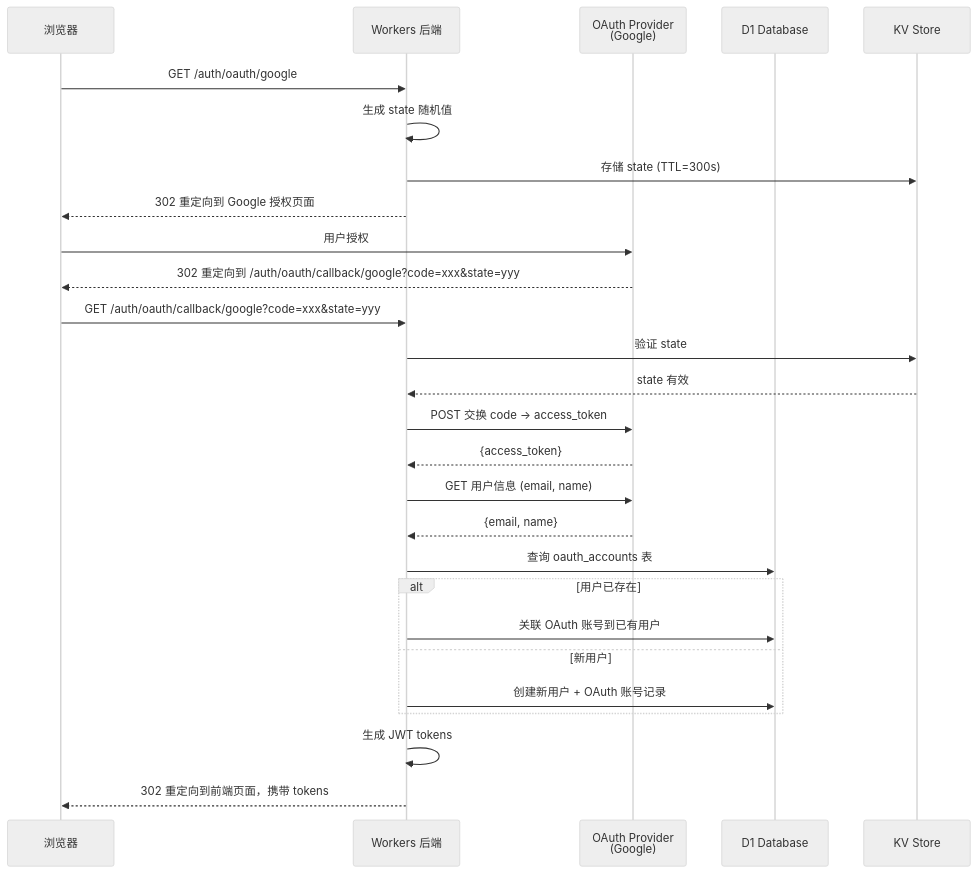
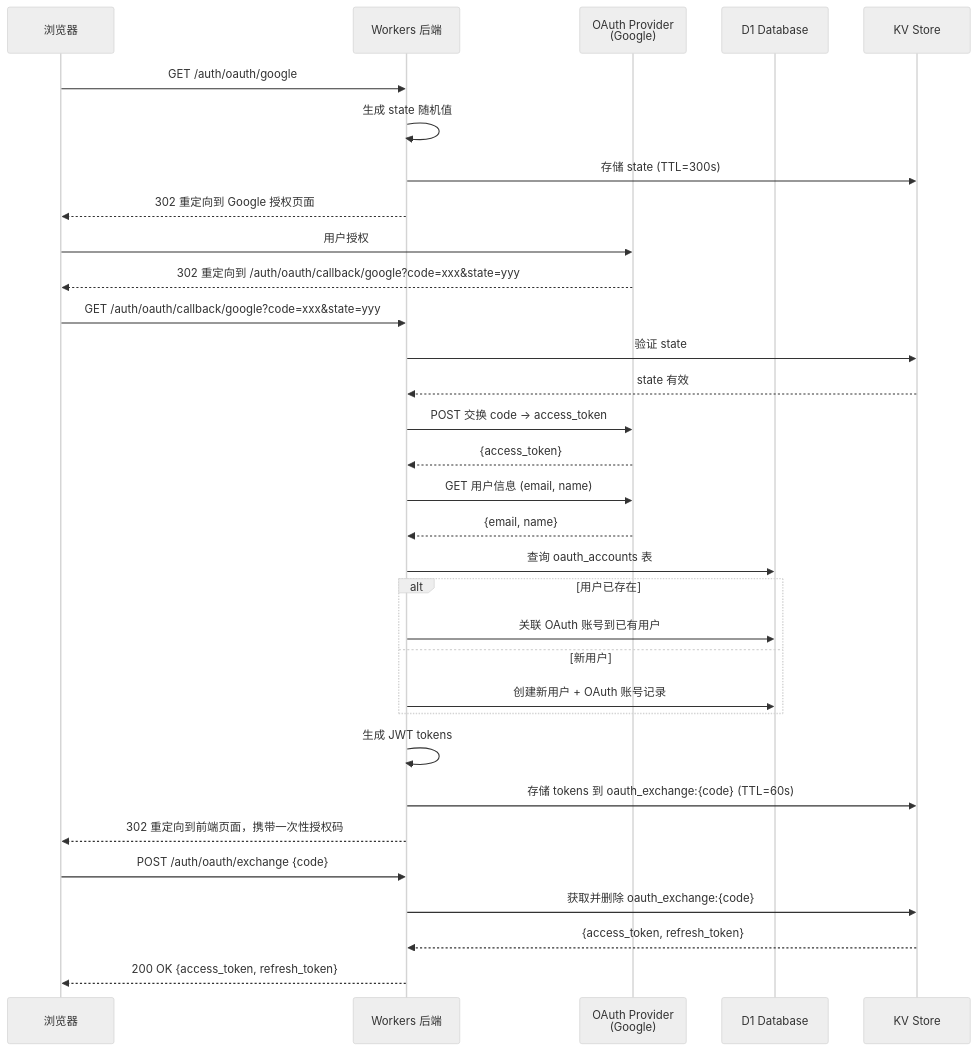
Before and after one commit to peliowl/cloudflare-auth: the third of 4 diagrams in .kiro/specs/user-auth/design.md, drawn with Mermaid (neutral theme). The commit also changed other lines of this file and 26 other files, not shown here.

````diff
--- a/.kiro/specs/user-auth/design.md
+++ b/.kiro/specs/user-auth/design.md
@@ -100,32 +100,38 @@
 ```mermaid
 sequenceDiagram
     participant B as 浏览器
     participant W as Workers 后端
     participant OP as OAuth Provider<br>(Google)
     participant DB as D1 Database
     participant KV as KV Store
 
     B->>W: GET /auth/oauth/google
     W->>W: 生成 state 随机值
     W->>KV: 存储 state (TTL=300s)
     W-->>B: 302 重定向到 Google 授权页面
 
     B->>OP: 用户授权
     OP-->>B: 302 重定向到 /auth/oauth/callback/google?code=xxx&state=yyy
 
     B->>W: GET /auth/oauth/callback/google?code=xxx&state=yyy
     W->>KV: 验证 state
     KV-->>W: state 有效
     W->>OP: POST 交换 code → access_token
     OP-->>W: {access_token}
     W->>OP: GET 用户信息 (email, name)
     OP-->>W: {email, name}
     W->>DB: 查询 oauth_accounts 表
     alt 用户已存在
         W->>DB: 关联 OAuth 账号到已有用户
     else 新用户
         W->>DB: 创建新用户 + OAuth 账号记录
     end
     W->>W: 生成 JWT tokens
-    W-->>B: 302 重定向到前端页面，携带 tokens
+    W->>KV: 存储 tokens 到 oauth_exchange:{code} (TTL=60s)
+    W-->>B: 302 重定向到前端页面，携带一次性授权码
+
+    B->>W: POST /auth/oauth/exchange {code}
+    W->>KV: 获取并删除 oauth_exchange:{code}
+    KV-->>W: {access_token, refresh_token}
+    W-->>B: 200 OK {access_token, refresh_token}
 ```
````
